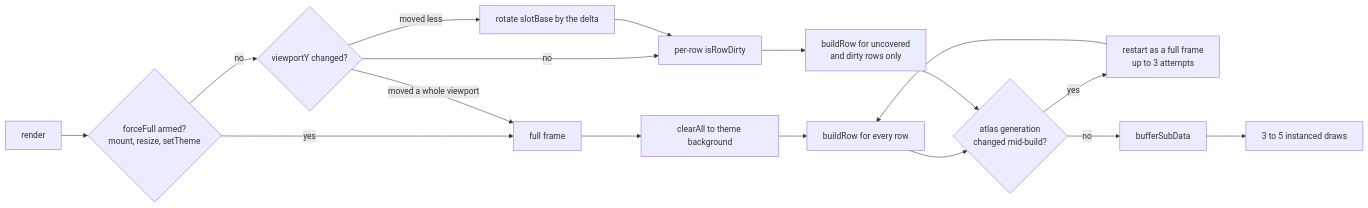
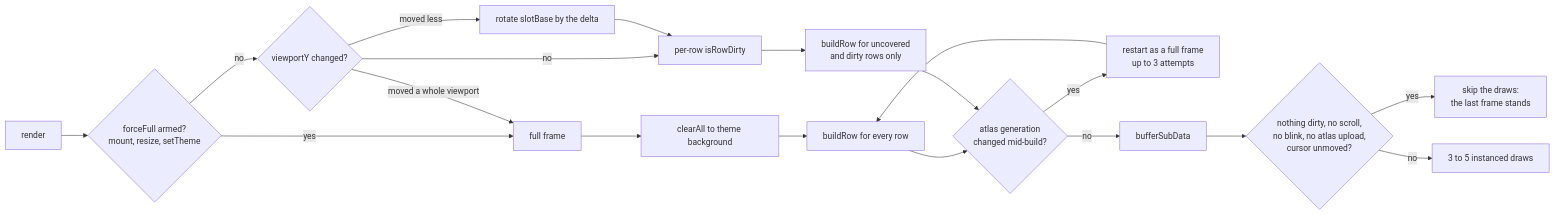
One commit to Gaurav-Gosain/vtgl changed the second of 2 diagrams in docs/architecture.md. Above: the diagram before and after it, drawn with Mermaid. The commit also changed 5 other files, not shown here.

First line of the commit message:
docs: describe the redundant-frame skip and add the measurement harness

````diff
--- a/docs/architecture.md
+++ b/docs/architecture.md
@@ -178,19 +178,21 @@
 ```mermaid
 flowchart LR
   START[render] --> FLAG{forceFull armed?<br/>mount, resize, setTheme}
   FLAG -- yes --> FULLF[full frame]
   FLAG -- no --> SCROLL{viewportY changed?}
   SCROLL -- moved a whole viewport --> FULLF
   SCROLL -- moved less --> ROT[rotate slotBase by the delta]
   SCROLL -- no --> PER[per-row isRowDirty]
   ROT --> PER
   FULLF --> CLEAR[clearAll to theme background]
   CLEAR --> BUILD[buildRow for every row]
   PER --> BUILD2[buildRow for uncovered<br/>and dirty rows only]
   BUILD --> GEN{atlas generation<br/>changed mid-build?}
   BUILD2 --> GEN
   GEN -- yes --> RETRY[restart as a full frame<br/>up to 3 attempts]
   RETRY --> BUILD
   GEN -- no --> UPLOAD[bufferSubData]
-  UPLOAD --> DRAWS[3 to 5 instanced draws]
+  UPLOAD --> REDUNDANT{nothing dirty, no scroll,<br/>no blink, no atlas upload,<br/>cursor unmoved?}
+  REDUNDANT -- yes --> STAND[skip the draws:<br/>the last frame stands]
+  REDUNDANT -- no --> DRAWS[3 to 5 instanced draws]
 ```
````
